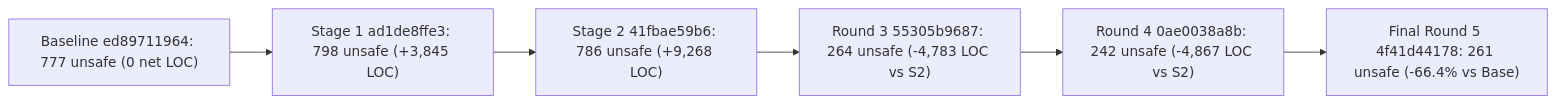
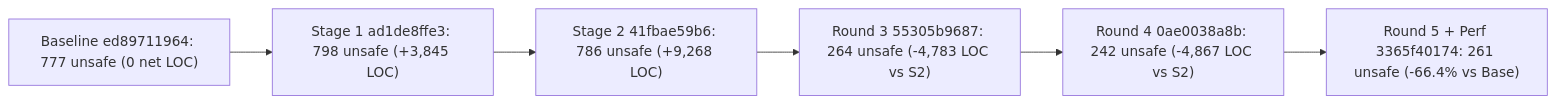
One commit to caizixian/mmtk-core changed the diagram in docs/design/unsafe_refactoring_design_and_rationale.md. Above: the diagram before and after it, drawn with Mermaid. The commit also changed other lines of this file, not shown here.

Commit message:
Document OpenJDK 21 DaCapo Chopin performance validation in unsafe design doc

````diff
--- a/docs/design/unsafe_refactoring_design_and_rationale.md
+++ b/docs/design/unsafe_refactoring_design_and_rationale.md
@@ -11,8 +11,8 @@
 ```mermaid
 flowchart LR
     B["Baseline ed89711964: 777 unsafe (0 net LOC)"] --> S1["Stage 1 ad1de8ffe3: 798 unsafe (+3,845 LOC)"]
     S1 --> S2["Stage 2 41fbae59b6: 786 unsafe (+9,268 LOC)"]
     S2 --> R3["Round 3 55305b9687: 264 unsafe (-4,783 LOC vs S2)"]
     R3 --> R4["Round 4 0ae0038a8b: 242 unsafe (-4,867 LOC vs S2)"]
-    R4 --> R5["Final Round 5 4f41d44178: 261 unsafe (-66.4% vs Base)"]
+    R4 --> R5["Round 5 + Perf 3365f40174: 261 unsafe (-66.4% vs Base)"]
 ```
````
